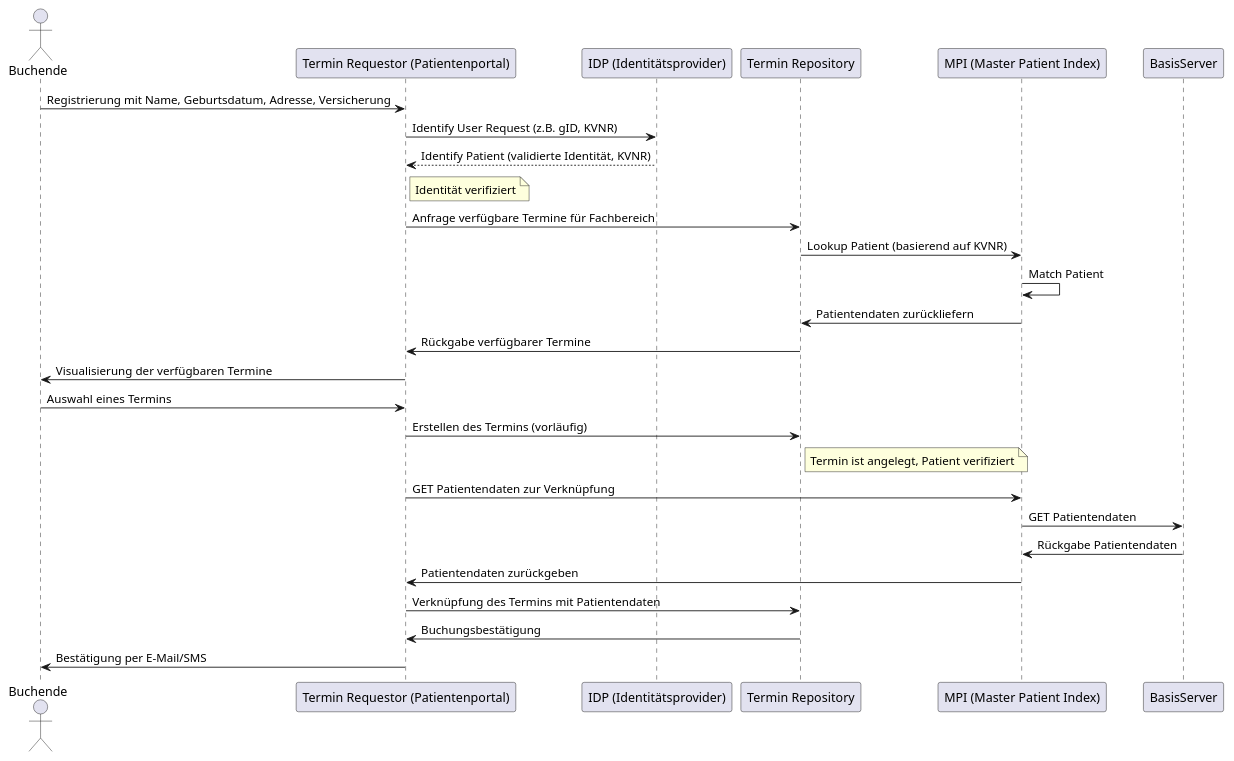
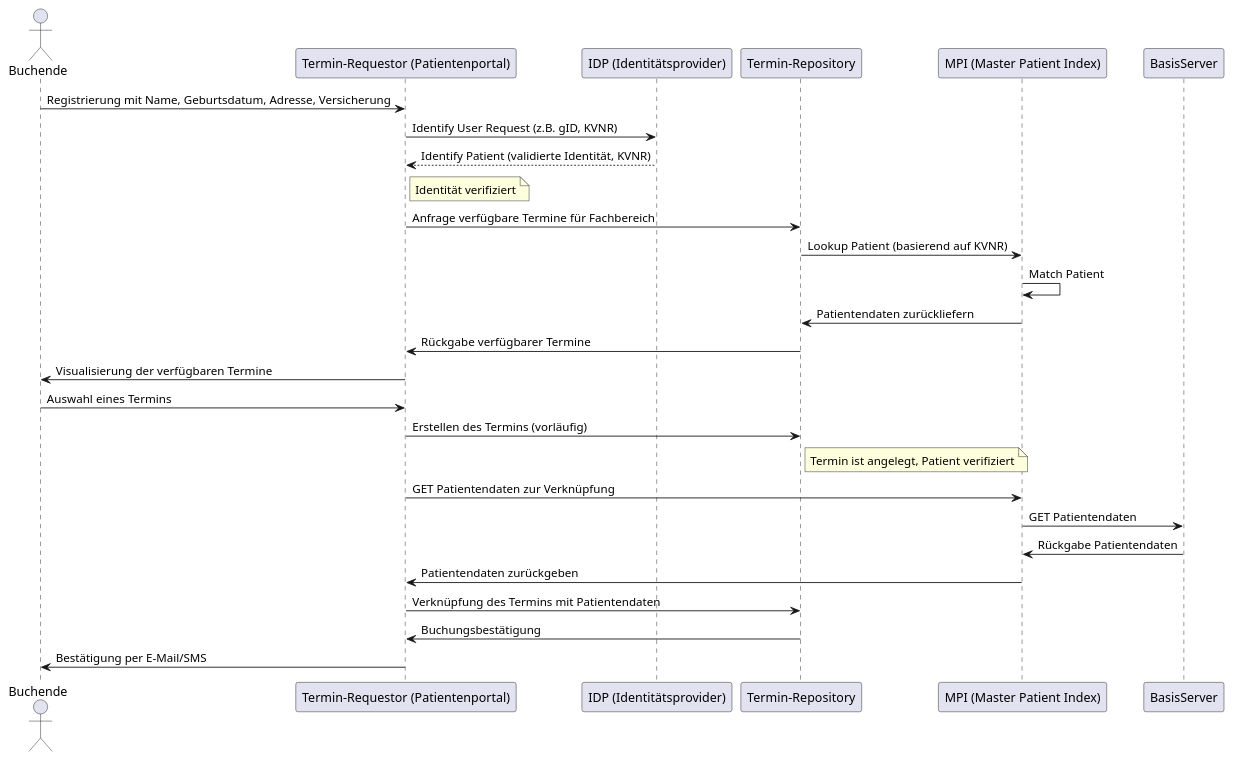
The diagram in Material/Terminplanung/images/diagrams/identitaetsnachweis-sequenz.puml (gematik/spec-ISiK-Basismodul), drawn with PlantUML before and after one commit. The commit also changed 16 other files, not shown here.

```diff
--- a/Material/Terminplanung/images/diagrams/identitaetsnachweis-sequenz.puml
+++ b/Material/Terminplanung/images/diagrams/identitaetsnachweis-sequenz.puml
@@ -1,34 +1,34 @@
 @startuml
 
 actor Buchende
-participant "Termin Requestor (Patientenportal)" as TR
+participant "Termin-Requestor (Patientenportal)" as TR
 participant "IDP (Identitätsprovider)" as IDP
-participant "Termin Repository" as TRP
+participant "Termin-Repository" as TRP
 participant "MPI (Master Patient Index)" as MPI
 participant "BasisServer" as BS
 
 Buchende -> TR: Registrierung mit Name, Geburtsdatum, Adresse, Versicherung
 TR -> IDP: Identify User Request (z.B. gID, KVNR)
 IDP --> TR: Identify Patient (validierte Identität, KVNR)
 note right of TR: Identität verifiziert
 
 TR -> TRP: Anfrage verfügbare Termine für Fachbereich
 TRP -> MPI: Lookup Patient (basierend auf KVNR)
 MPI -> MPI: Match Patient
 MPI -> TRP: Patientendaten zurückliefern
 TRP -> TR: Rückgabe verfügbarer Termine
 TR -> Buchende: Visualisierung der verfügbaren Termine
 
 Buchende -> TR: Auswahl eines Termins
 TR -> TRP: Erstellen des Termins (vorläufig)
 note right of TRP: Termin ist angelegt, Patient verifiziert
 TR -> MPI: GET Patientendaten zur Verknüpfung
 MPI -> BS: GET Patientendaten
 BS -> MPI: Rückgabe Patientendaten
 MPI -> TR: Patientendaten zurückgeben
 TR -> TRP: Verknüpfung des Termins mit Patientendaten
 
 TRP -> TR: Buchungsbestätigung
 TR -> Buchende: Bestätigung per E-Mail/SMS
 
 @enduml
```
